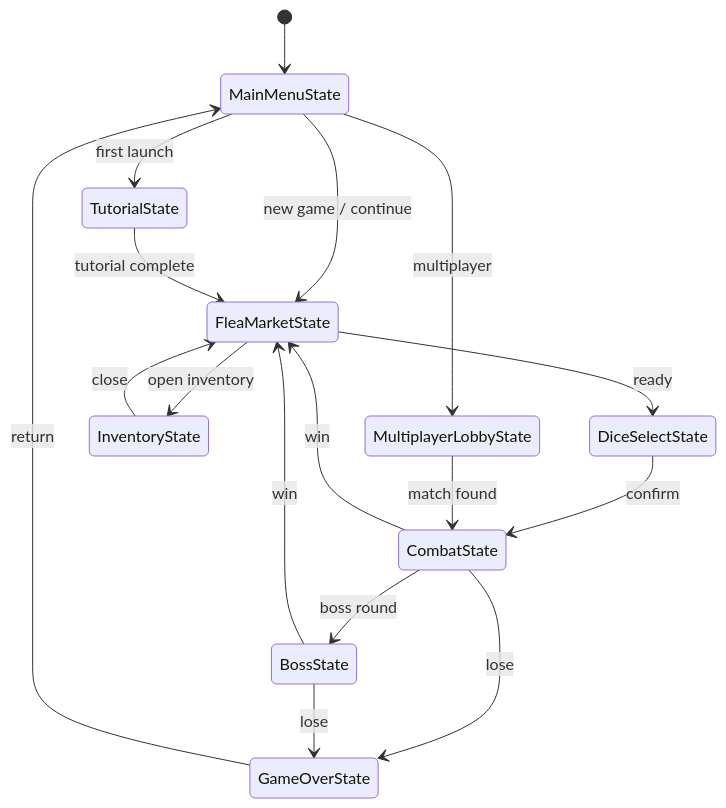
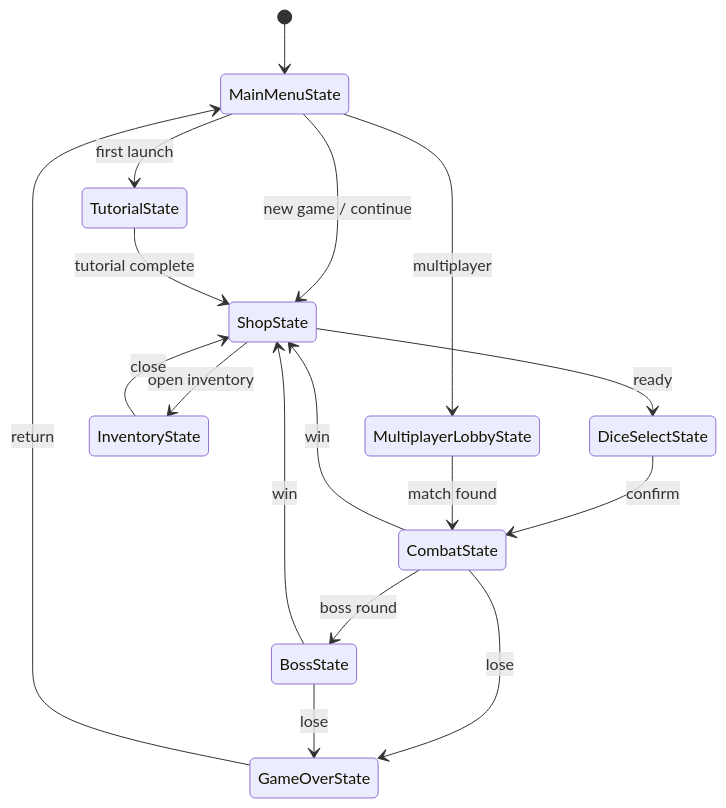
One commit to artem3605/probabimals changed the third of 3 diagrams in docs/big_project_architecture.md. Above: the diagram before and after it, drawn with Mermaid. The commit also changed other lines of this file and 31 other files, not shown here.

Commit message:
Rename flea market to shop

````diff
--- a/docs/big_project_architecture.md
+++ b/docs/big_project_architecture.md
@@ -157,25 +157,25 @@
 ```mermaid
 stateDiagram-v2
     [*] --> MainMenuState
     MainMenuState --> TutorialState: first launch
-    MainMenuState --> FleaMarketState: new game / continue
+    MainMenuState --> ShopState: new game / continue
     MainMenuState --> MultiplayerLobbyState: multiplayer
 
-    TutorialState --> FleaMarketState: tutorial complete
+    TutorialState --> ShopState: tutorial complete
 
-    FleaMarketState --> InventoryState: open inventory
-    InventoryState --> FleaMarketState: close
-    FleaMarketState --> DiceSelectState: ready
+    ShopState --> InventoryState: open inventory
+    InventoryState --> ShopState: close
+    ShopState --> DiceSelectState: ready
 
     DiceSelectState --> CombatState: confirm
 
     CombatState --> BossState: boss round
-    CombatState --> FleaMarketState: win
+    CombatState --> ShopState: win
     CombatState --> GameOverState: lose
 
-    BossState --> FleaMarketState: win
+    BossState --> ShopState: win
     BossState --> GameOverState: lose
 
     GameOverState --> MainMenuState: return
     MultiplayerLobbyState --> CombatState: match found
 ```
````
